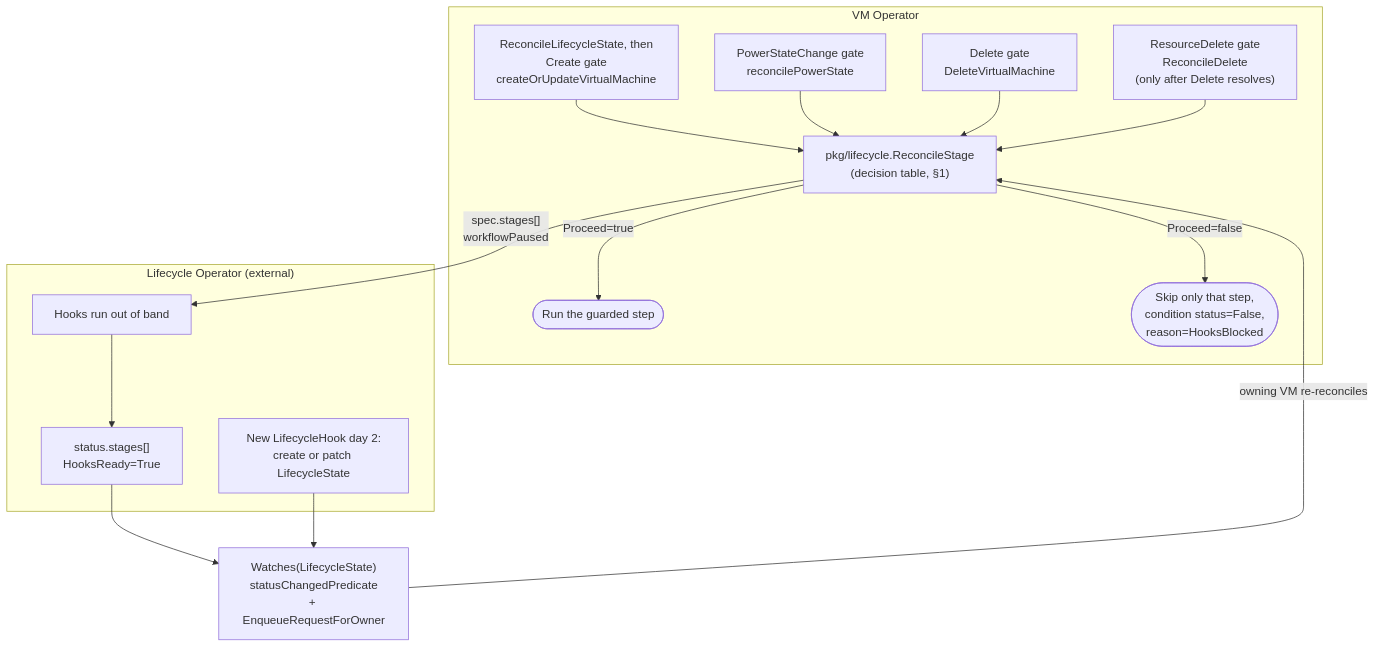
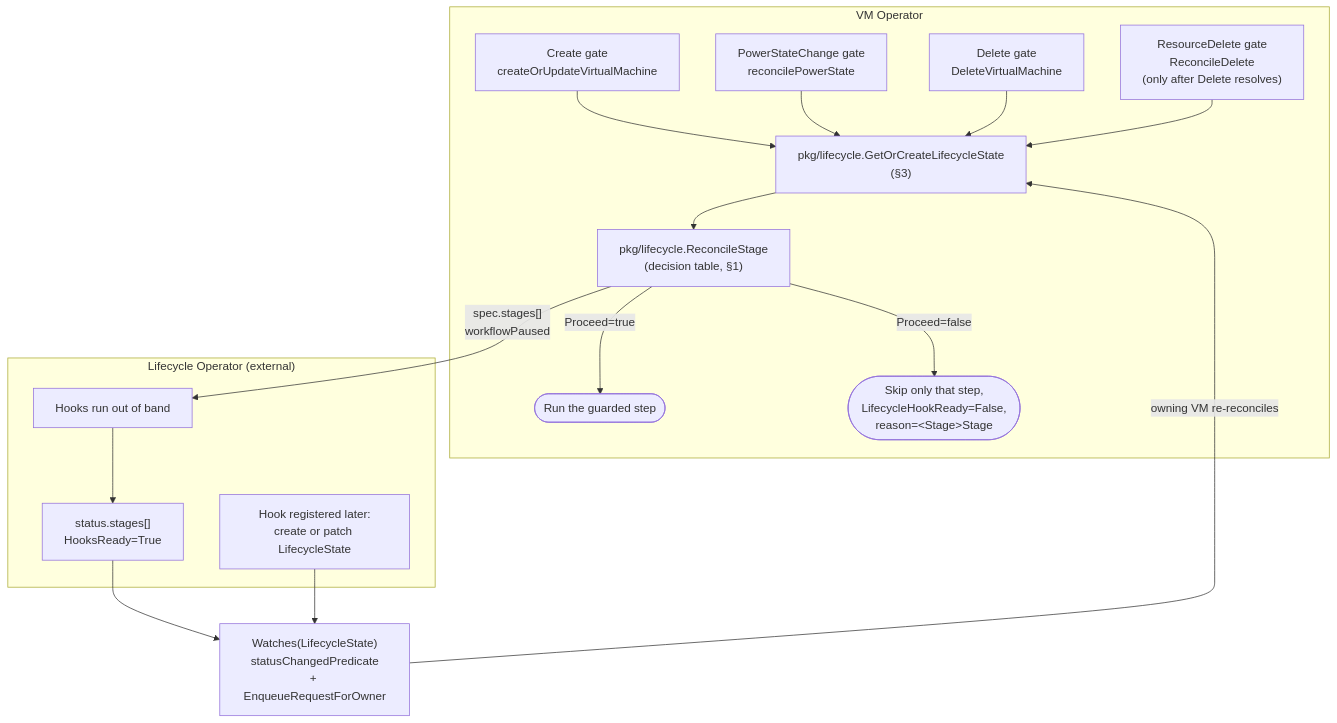
One commit to vmware-tanzu/vm-operator changed the diagram in .sdd/specs/012-lifecycle-hooks/plan.md. Above: the diagram before and after it, drawn with Mermaid. The commit also changed other lines of this file and 3 other files, not shown here.

````diff
--- a/.sdd/specs/012-lifecycle-hooks/plan.md
+++ b/.sdd/specs/012-lifecycle-hooks/plan.md
@@ -238,22 +218,23 @@
 ```mermaid
 flowchart TD
     subgraph VMOp["VM Operator"]
-        CREATE["ReconcileLifecycleState, then<br/>Create gate<br/>createOrUpdateVirtualMachine"] --> RS
-        POWER["PowerStateChange gate<br/>reconcilePowerState"] --> RS
-        DEL["Delete gate<br/>DeleteVirtualMachine"] --> RS
-        RDEL["ResourceDelete gate<br/>ReconcileDelete<br/>#40;only after Delete resolves#41;"] --> RS
+        CREATE["Create gate<br/>createOrUpdateVirtualMachine"] --> GOC
+        POWER["PowerStateChange gate<br/>reconcilePowerState"] --> GOC
+        DEL["Delete gate<br/>DeleteVirtualMachine"] --> GOC
+        RDEL["ResourceDelete gate<br/>ReconcileDelete<br/>#40;only after Delete resolves#41;"] --> GOC
+        GOC["pkg/lifecycle.GetOrCreateLifecycleState<br/>#40;§3#41;"] --> RS
         RS["pkg/lifecycle.ReconcileStage<br/>#40;decision table, §1#41;"]
         RS -- "Proceed=true" --> GO([Run the guarded step])
-        RS -- "Proceed=false" --> STOP([Skip only that step,<br/>condition status=False,<br/>reason=HooksBlocked])
+        RS -- "Proceed=false" --> STOP([Skip only that step,<br/>LifecycleHookReady=False,<br/>reason=#60;Stage#62;Stage])
     end
 
     subgraph LCOp["Lifecycle Operator #40;external#41;"]
         HOOKS[Hooks run out of band] --> READY["status.stages#91;#93;<br/>HooksReady=True"]
-        DAY2["New LifecycleHook day 2:<br/>create or patch LifecycleState"]
+        LATER["Hook registered later:<br/>create or patch LifecycleState"]
     end
 
     RS -- "spec.stages#91;#93;<br/>workflowPaused" --> HOOKS
     READY --> WATCH["Watches#40;LifecycleState#41;<br/>statusChangedPredicate<br/>+ EnqueueRequestForOwner"]
-    DAY2 --> WATCH
-    WATCH -- "owning VM re-reconciles" --> RS
+    LATER --> WATCH
+    WATCH -- "owning VM re-reconciles" --> GOC
 ```
````
